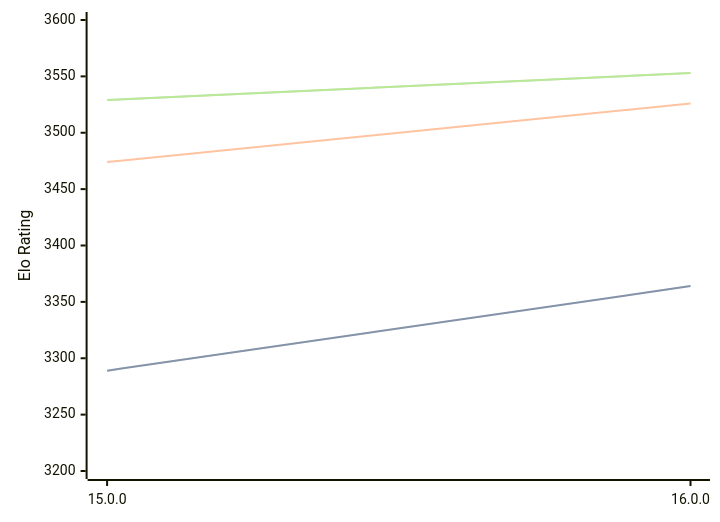
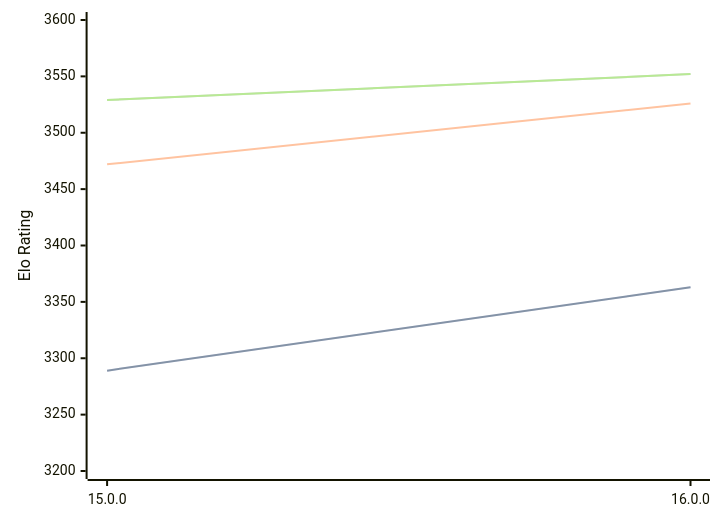
One commit to computer-chess-index/cci changed the diagram in engines/Halogen.md. Above: the diagram before and after it, drawn with Mermaid. The commit also changed other lines of this file, not shown here.

Commit message:
Update CCI Ratings (ELO VLTC) - 2026-09-03

````diff
--- a/engines/Halogen.md
+++ b/engines/Halogen.md
@@ -32,11 +32,11 @@
 ```mermaid
 %%{init: {"theme":"base","themeVariables":{"seriesColors:['#a3a3a3','#222221','#faa371']}}}%%
 xychart-beta
   x-axis ["15.0.0", "16.0.0"]
   y-axis "Elo Rating" 3200 --> 3600
-  line "" [3289, 3364]
-  line "STC (8.0+0.08s)" [3289, 3364]
-  line "LTC (60.0+0.60s)" [3474, 3526]
-  line "" [3529, 3553]
-  line "VLTC (2m24s+1.12s)" [3529, 3553]
+  line "" [3289, 3363]
+  line "STC (8.0+0.08s)" [3289, 3363]
+  line "LTC (60.0+0.60s)" [3472, 3526]
+  line "" [3529, 3552]
+  line "VLTC (2m24s+1.12s)" [3529, 3552]
 ```
````
